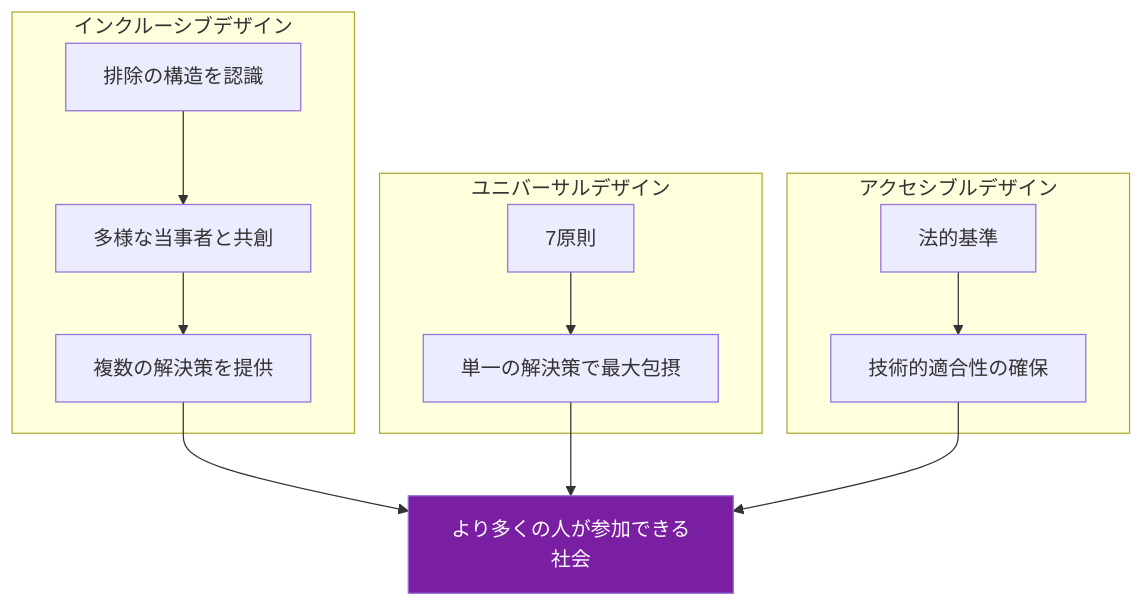
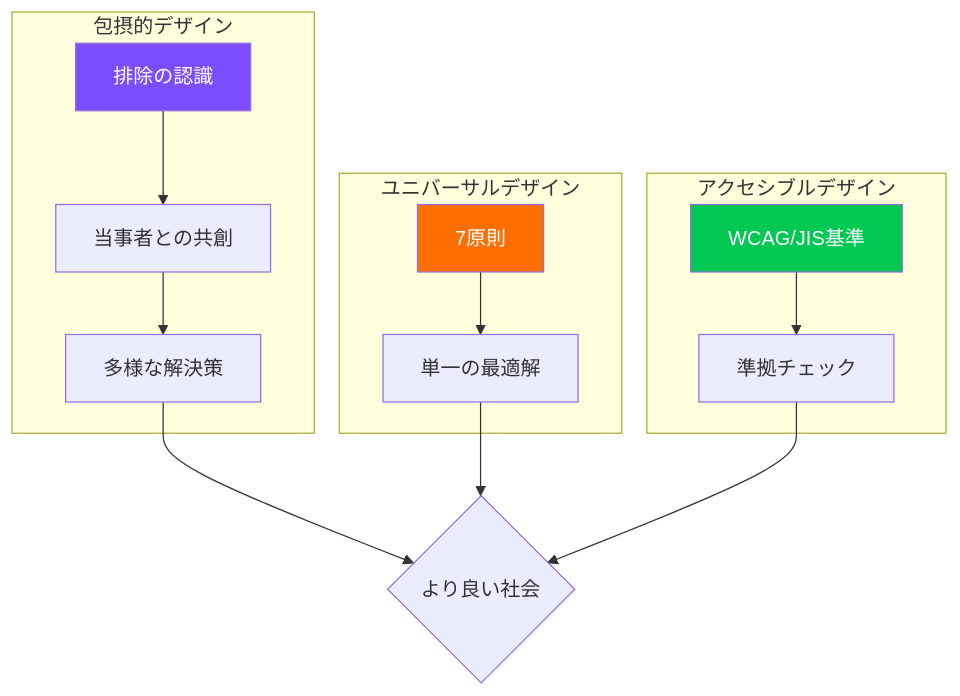
The first of 3 diagrams in docs/books/03-social-transformation/ch01-inclusive-design.md (Hide-nu/Designer-curriculum), drawn with Mermaid before and after one commit. The commit also changed other lines of this file and 13 other files, not shown here.

````diff
--- a/docs/books/03-social-transformation/ch01-inclusive-design.md
+++ b/docs/books/03-social-transformation/ch01-inclusive-design.md
@@ -24,21 +30,19 @@
 ```mermaid
-graph TD
-    subgraph インクルーシブデザイン
-        A[排除の構造を認識] --> B[多様な当事者と共創]
-        B --> C[複数の解決策を提供]
+graph TB
+    subgraph 包摂的デザイン
+        A[排除の認識] --> B[当事者との共創]
+        B --> C[多様な解決策]
     end
-
     subgraph ユニバーサルデザイン
-        D[7原則] --> E[単一の解決策で最大包摂]
+        D[7原則] --> E[単一の最適解]
     end
-
     subgraph アクセシブルデザイン
-        F[法的基準] --> G[技術的適合性の確保]
+        F[WCAG/JIS基準] --> G[準拠チェック]
     end
-
-    C --> H[より多くの人が参加できる社会]
+    C --> H{より良い社会}
     E --> H
     G --> H
-
-    style H fill:#7b1fa2,color:#fff
+    style A fill:#7c4dff,color:#fff
+    style D fill:#ff6f00,color:#fff
+    style F fill:#00c853,color:#fff
 ```
````
